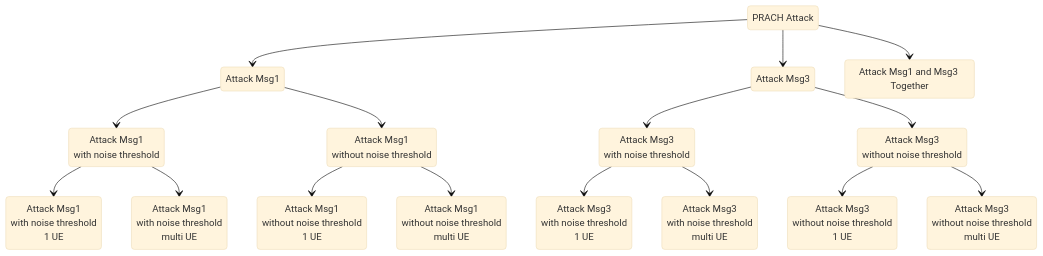
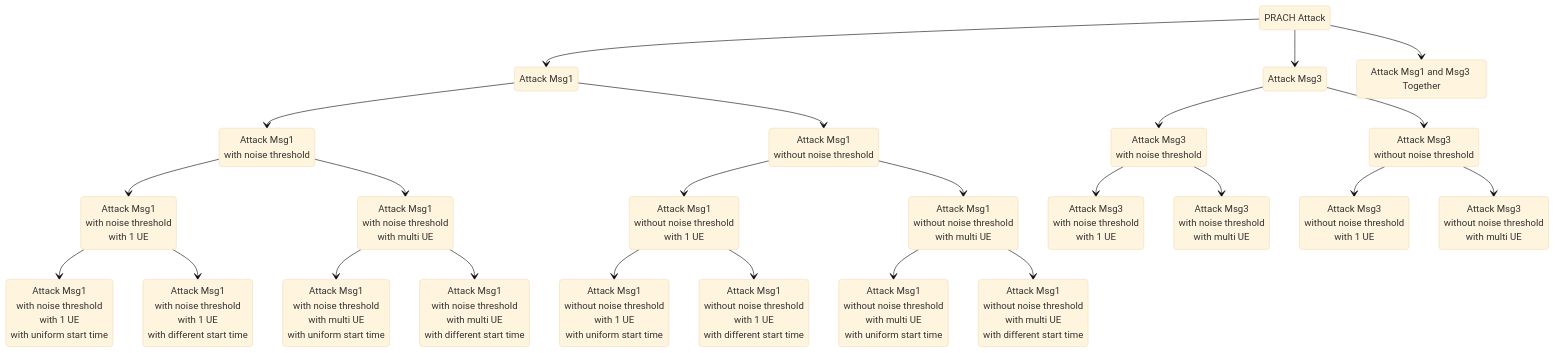
The diagram in docs/20250307 Thesis (PRACH Attack Problem Definition).md (bmw-ece-ntust/wilfrid-prach-attack-analysis), drawn with Mermaid (base theme) before and after one commit.

Commit message:
Update 20250307 Thesis (PRACH Attack Problem Definition).md

````diff
--- a/docs/20250307 Thesis (PRACH Attack Problem Definition).md
+++ b/docs/20250307 Thesis (PRACH Attack Problem Definition).md
@@ -21,34 +21,50 @@
 ```mermaid
 stateDiagram-v2
     s1: PRACH Attack
     s2: Attack Msg1
     s3: Attack Msg3
     s4: Attack Msg1 and Msg3 Together
     s1 --> s2
     s1 --> s3
     s1 --> s4
     s5: Attack Msg1<br>with noise threshold
     s6: Attack Msg1<br>without noise threshold
     s2 --> s5
     s2 --> s6
     s7: Attack Msg3<br>with noise threshold
     s8: Attack Msg3<br>without noise threshold
     s3 --> s7
     s3 --> s8
-    s9: Attack Msg1<br>with noise threshold<br>1 UE
-    s10: Attack Msg1<br>with noise threshold<br>multi UE
-    s11: Attack Msg1<br>without noise threshold<br>1 UE
-    s12: Attack Msg1<br>without noise threshold<br>multi UE
+    s9: Attack Msg1<br>with noise threshold<br>with 1 UE
+    s10: Attack Msg1<br>with noise threshold<br>with multi UE
+    s11: Attack Msg1<br>without noise threshold<br>with 1 UE
+    s12: Attack Msg1<br>without noise threshold<br>with multi UE
     s5 --> s9
     s5 --> s10
     s6 --> s11
     s6 --> s12
-    s13: Attack Msg3<br>with noise threshold<br>1 UE
-    s14: Attack Msg3<br>with noise threshold<br>multi UE
-    s15: Attack Msg3<br>without noise threshold<br>1 UE
-    s16: Attack Msg3<br>without noise threshold<br>multi UE
+    s13: Attack Msg3<br>with noise threshold<br>with 1 UE
+    s14: Attack Msg3<br>with noise threshold<br>with multi UE
+    s15: Attack Msg3<br>without noise threshold<br>with 1 UE
+    s16: Attack Msg3<br>without noise threshold<br>with multi UE
     s7 --> s13
     s7 --> s14
     s8 --> s15
     s8 --> s16
+    s17: Attack Msg1<br>with noise threshold<br>with 1 UE<br>with uniform start time
+    s18: Attack Msg1<br>with noise threshold<br>with 1 UE<br>with different start time
+    s19: Attack Msg1<br>with noise threshold<br>with multi UE<br>with uniform start time
+    s20: Attack Msg1<br>with noise threshold<br>with multi UE<br>with different start time
+    s21: Attack Msg1<br>without noise threshold<br>with 1 UE<br>with uniform start time
+    s22: Attack Msg1<br>without noise threshold<br>with 1 UE<br>with different start time
+    s23: Attack Msg1<br>without noise threshold<br>with multi UE<br>with uniform start time
+    s24: Attack Msg1<br>without noise threshold<br>with multi UE<br>with different start time
+    s9 --> s17
+    s9 --> s18
+    s10 --> s19
+    s10 --> s20
+    s11 --> s21
+    s11 --> s22
+    s12 --> s23
+    s12 --> s24
 ```
````
